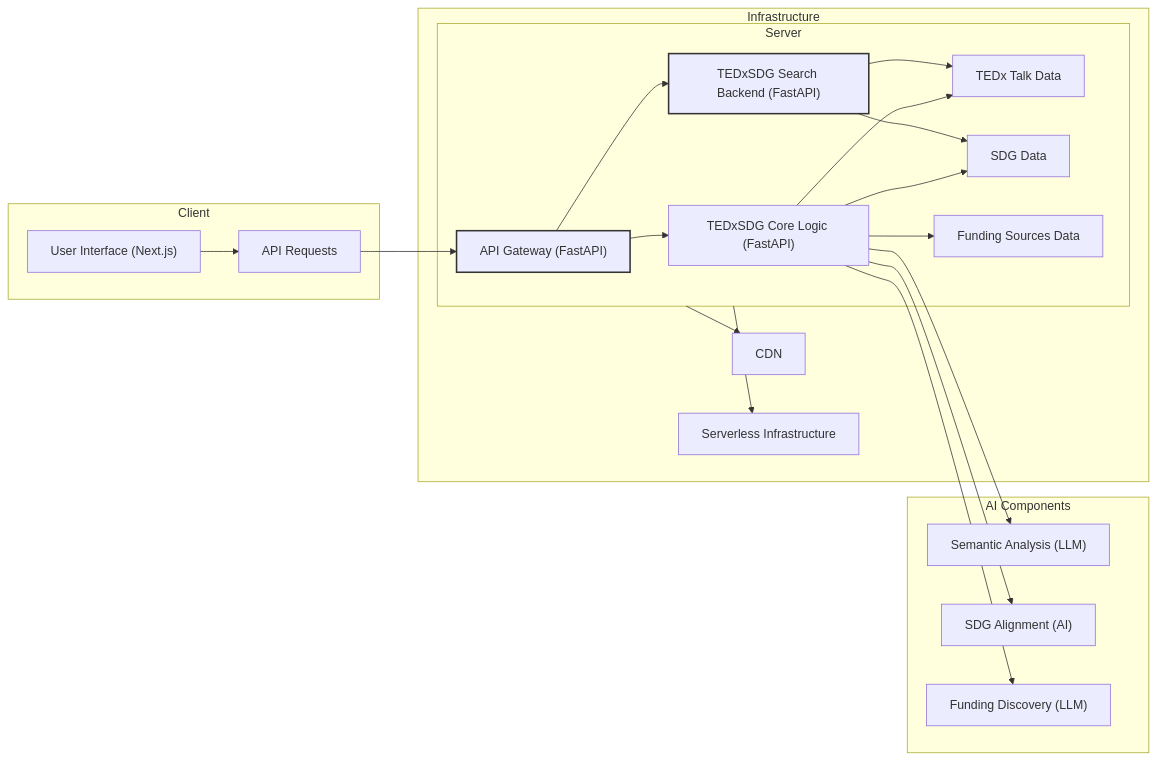
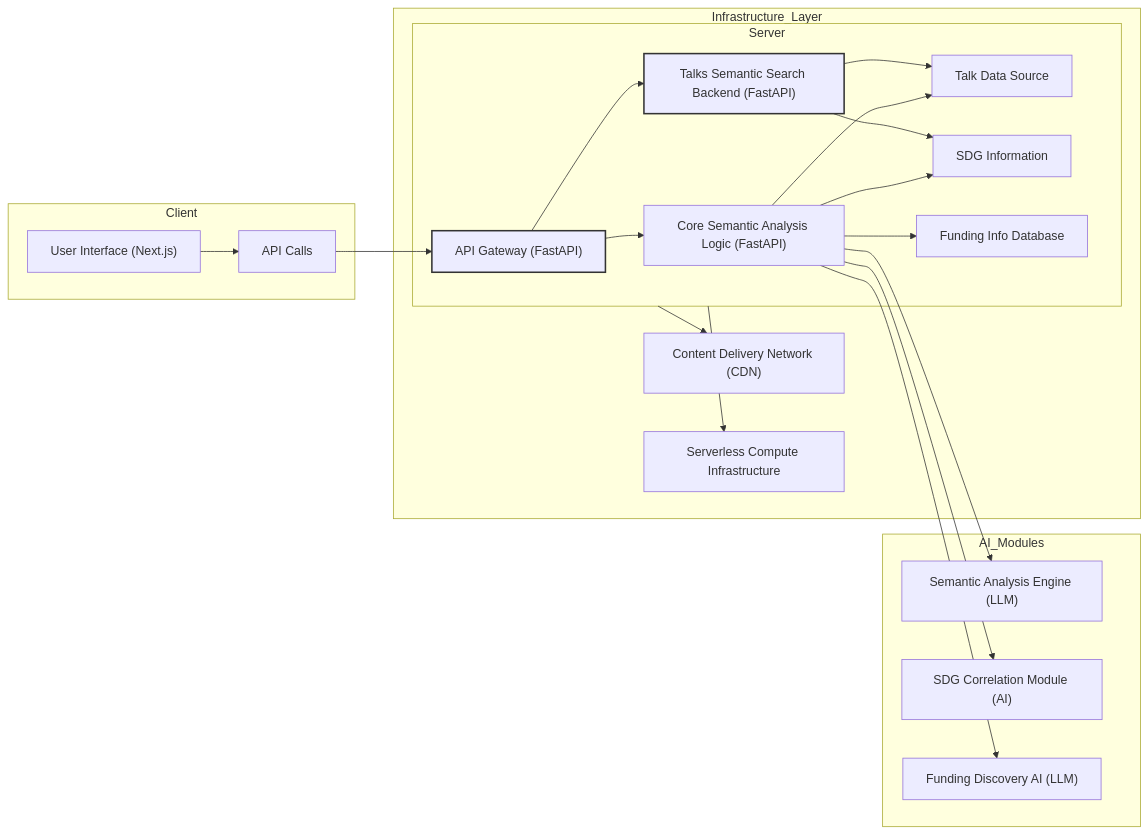
Before and after one commit to techtitan91/semantic-analysis-of-talks-using-llms: the diagram in README.md, drawn with Mermaid. The commit also changed other lines of this file, not shown here.

````diff
--- a/README.md
+++ b/README.md
@@ -148,33 +146,33 @@
 ```mermaid
 graph LR
     subgraph Client
-        A["User Interface (Next.js)"] --> B["API Requests"]
+        A["User Interface (Next.js)"] --> B["API Calls"]
     end
 
     B --> C["API Gateway (FastAPI)"]
 
     subgraph Server
-        C --> D["TEDxSDG Core Logic (FastAPI)"]
-        D --> E["TEDx Talk Data"]
-        D --> F["SDG Data"]
-        D --> G["Funding Sources Data"]
-        C --> H["TEDxSDG Search Backend (FastAPI)"]
+        C --> D["Core Semantic Analysis Logic (FastAPI)"]
+        D --> E["Talk Data Source"]
+        D --> F["SDG Information"]
+        D --> G["Funding Info Database"]
+        C --> H["Talks Semantic Search Backend (FastAPI)"]
         H --> E
         H --> F
     end
 
-    subgraph AI Components
-        D --> I["Semantic Analysis (LLM)"]
-        D --> J["SDG Alignment (AI)"]
-        D --> K["Funding Discovery (LLM)"]
+    subgraph AI_Modules
+        D --> I["Semantic Analysis Engine (LLM)"]
+        D --> J["SDG Correlation Module (AI)"]
+        D --> K["Funding Discovery AI (LLM)"]
     end
 
-    subgraph Infrastructure
-        Server --> L["CDN"]
-        Server --> M["Serverless Infrastructure"]
+    subgraph Infrastructure_Layer
+        Server --> L["Content Delivery Network (CDN)"]
+        Server --> M["Serverless Compute Infrastructure"]
     end
 
     classDef api stroke:#333,stroke-width:2px;
     class C api
     class H api
 ```
````
